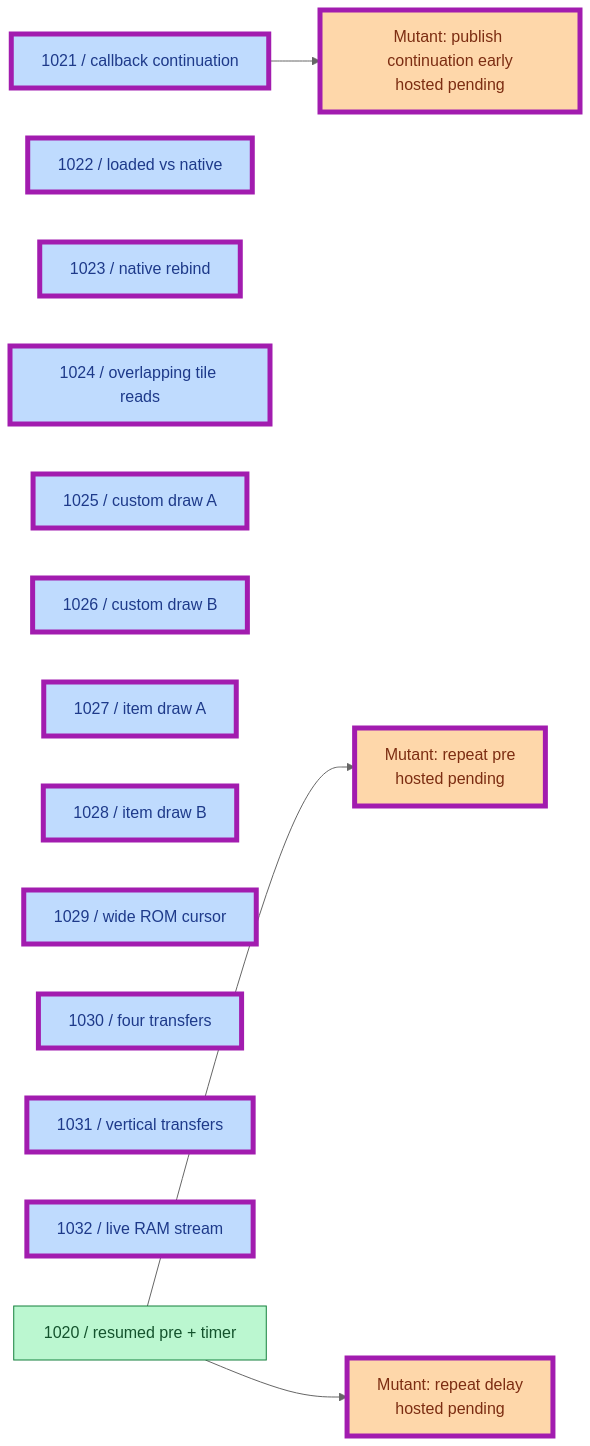
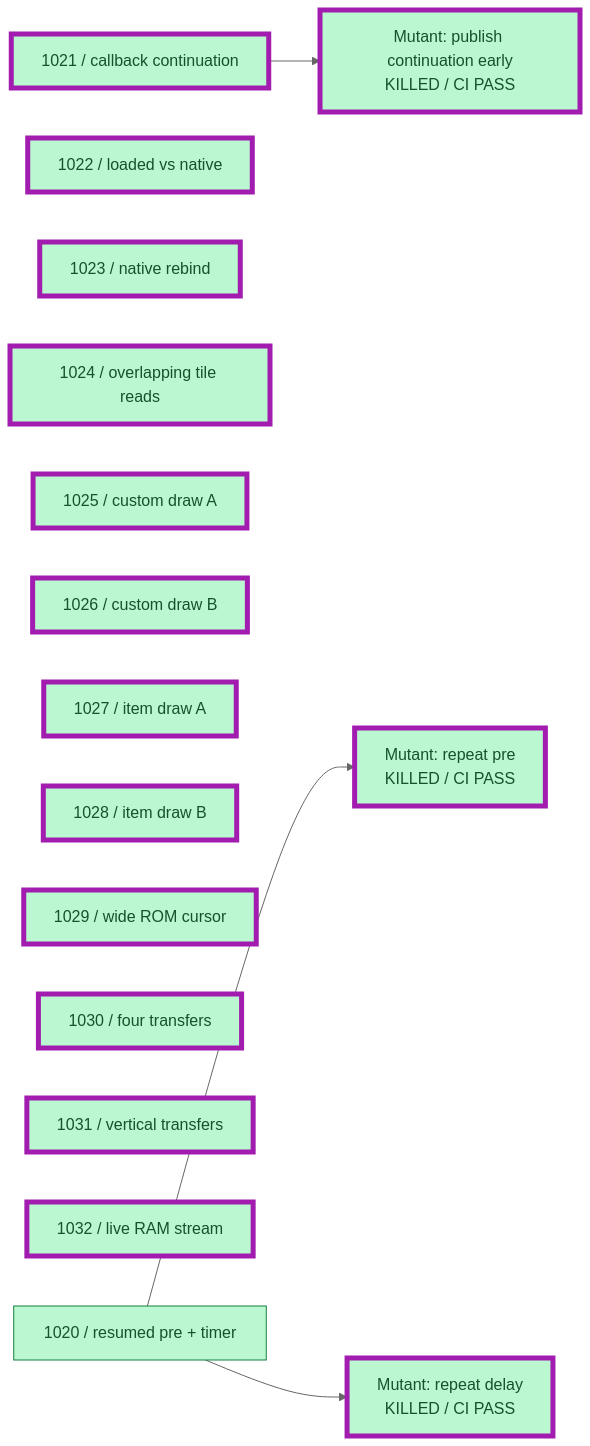
One commit to JimLundin/sm-decomp changed the second of 9 diagrams in PROGRESS.md. Above: the diagram before and after it, drawn with Mermaid (neutral theme). The commit also changed other lines of this file and 2 other files, not shown here.

Commit message:
Adopt mechanism boundary checks; hosted baselines and three mutations pass

````diff
--- a/PROGRESS.md
+++ b/PROGRESS.md
@@ -61,25 +63,25 @@
 ```mermaid
 flowchart LR
-    C21["1021 / callback continuation"]:::checked
-    C22["1022 / loaded vs native"]:::checked
-    C23["1023 / native rebind"]:::checked
-    C24["1024 / overlapping tile reads"]:::checked
-    C25["1025 / custom draw A"]:::checked
-    C26["1026 / custom draw B"]:::checked
-    C27["1027 / item draw A"]:::checked
-    C28["1028 / item draw B"]:::checked
-    C29["1029 / wide ROM cursor"]:::checked
-    C30["1030 / four transfers"]:::checked
-    C31["1031 / vertical transfers"]:::checked
-    C32["1032 / live RAM stream"]:::checked
-    C20["1020 / resumed pre + timer"]:::done --> MP["Mutant: repeat pre<br/>hosted pending"]:::active
-    C20 --> MD["Mutant: repeat delay<br/>hosted pending"]:::active
-    C21 --> MC["Mutant: publish continuation early<br/>hosted pending"]:::active
+    C21["1021 / callback continuation"]:::done
+    C22["1022 / loaded vs native"]:::done
+    C23["1023 / native rebind"]:::done
+    C24["1024 / overlapping tile reads"]:::done
+    C25["1025 / custom draw A"]:::done
+    C26["1026 / custom draw B"]:::done
+    C27["1027 / item draw A"]:::done
+    C28["1028 / item draw B"]:::done
+    C29["1029 / wide ROM cursor"]:::done
+    C30["1030 / four transfers"]:::done
+    C31["1031 / vertical transfers"]:::done
+    C32["1032 / live RAM stream"]:::done
+    C20["1020 / resumed pre + timer"]:::done --> MP["Mutant: repeat pre<br/>KILLED / CI PASS"]:::done
+    C20 --> MD["Mutant: repeat delay<br/>KILLED / CI PASS"]:::done
+    C21 --> MC["Mutant: publish continuation early<br/>KILLED / CI PASS"]:::done
     class C21,C22,C23,C24,C25,C26,C27,C28,C29,C30,C31,C32,MP,MD,MC changed
     classDef done fill:#bbf7d0,stroke:#15803d,color:#14532d
     classDef checked fill:#bfdbfe,stroke:#2563eb,color:#1e3a8a
     classDef active fill:#fed7aa,stroke:#ea580c,color:#7c2d12
     classDef pending fill:#f1f5f9,stroke:#94a3b8,color:#475569,stroke-dasharray:5 5
     classDef failed fill:#fecaca,stroke:#dc2626,color:#7f1d1d
     classDef changed stroke:#a21caf,stroke-width:5px
 ```
````
